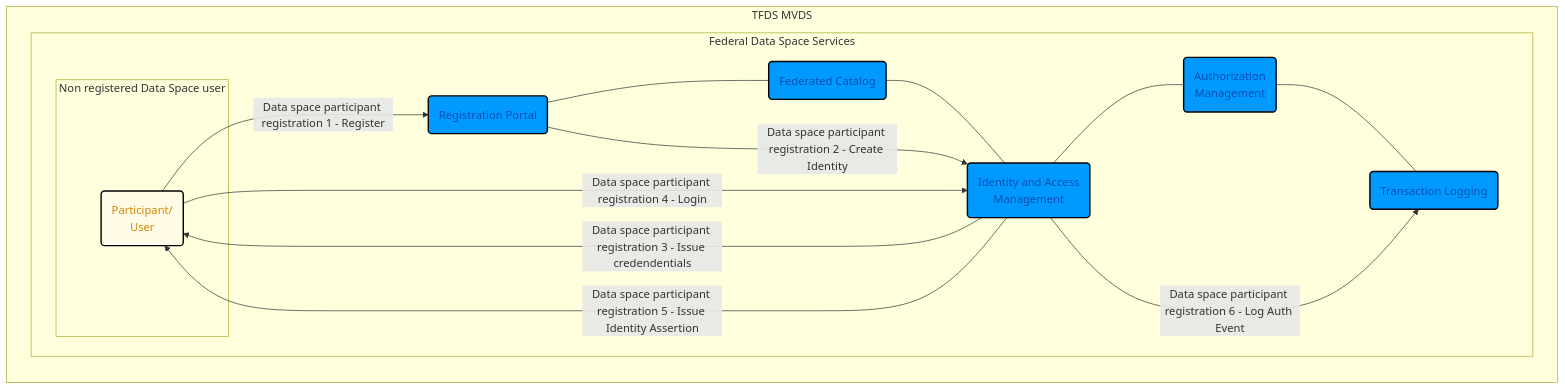
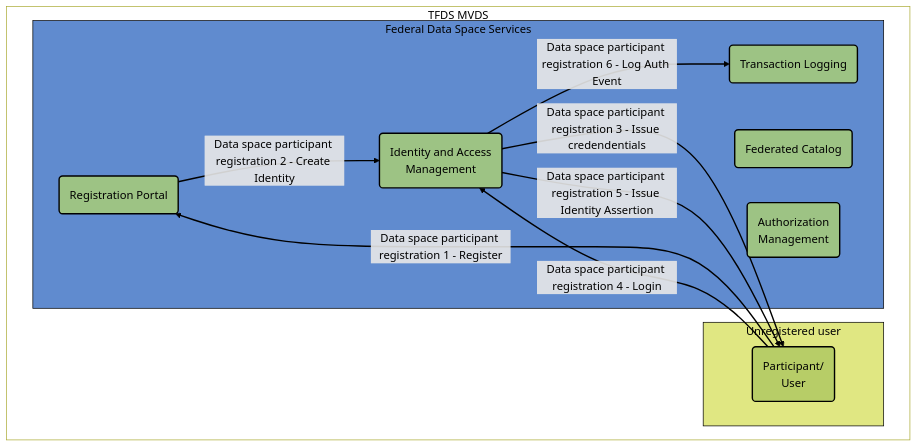
The diagram in data_space_architecture_schematics/logical_architecture_schematics/logical_architecture_schematic_user_registration.md (ForumViriumHelsinki/traffic_flow_data_space), drawn with Mermaid before and after one commit.

Commit message:
Modified user definition, updated colors.

````diff
--- a/data_space_architecture_schematics/logical_architecture_schematics/logical_architecture_schematic_user_registration.md
+++ b/data_space_architecture_schematics/logical_architecture_schematics/logical_architecture_schematic_user_registration.md
@@ -1,48 +1,44 @@
 ```mermaid
-graph LR
-    subgraph "TFDS MVDS"
+graph TB
+    subgraph TfdsMvds["TFDS MVDS"]
 
-        subgraph FDSC[Federal Data Space Services]
+        subgraph DsU["Unregistered user"]
+            User("Participant/<br>User"):::userDS
+        end
+
+        subgraph FdSs["Federal Data Space Services"]
             RegPortal("Registration Portal"):::federalDS
             FedCatalog("Federated Catalog"):::federalDS
             IAM("Identity and Access<br>Management"):::federalDS
             AuthZ("Authorization<br>Management"):::federalDS
             Logger("Transaction Logging"):::federalDS
-
-            RegPortal --- FedCatalog
-            FedCatalog --- IAM
-            IAM --- AuthZ
-            AuthZ --- Logger
-
-            subgraph NDSP[Non registered Data Space user]
-                User("Participant/<br>User"):::userDS
-            end
         end
 
         %% Data space participant registration
         User -- "Data space participant registration 1 - Register" --> RegPortal
         RegPortal -- "Data space participant registration 2 - Create Identity" --> IAM
         IAM -- "Data space participant registration 3 - Issue credendentials" --> User
         User -- "Data space participant registration 4 - Login" --> IAM
         IAM -- "Data space participant registration 5 - Issue Identity Assertion" --> User
-        IAM -- "Data space participant registration 6 - Log Auth Event" --> Logger
+        IAM -- "Data space participant registration 6 - Log Auth Event" --> Logger        
 
-        %% TODO: Styling once the schematic is in it's final phases.
-        
-        
-        %% Style Definitions for classes
-        classDef federalDS fill:#0099ff,stroke:#000000,stroke-width:2px,color:#0050b3
-        classDef providerApplication fill:#f6ffed,stroke:#000000,stroke-width:2px,color:#389e0d
-        classDef consumerApplication fill:#fffbe6,stroke:#000000,stroke-width:2px,color:#d48806
+        %% Style Definitions
 
-        classDef providerDSC fill:#fffbe6,stroke:#000000,stroke-width:2px,color:#d48806
-        classDef ConsumerDSC fill:#fffbe6,stroke:#000000,stroke-width:2px,color:#d48806
-        classDef notImplementedDSC fill:#ff0000,stroke:#000000,stroke-width:2px,color:#000000
+        %% Style : TFDS MVDS
+        style TfdsMvds fill:#ffffff, color:#000000, strokeWidth: 2, verticalAlign: top, fontStyle:1
+    
+        %% Style : Federal Sata Space Services
+        style FdSs fill:#608bcf, color:#000000, stroke: #000000, strokeWidth: 2, verticalAlign: top, fontStyle:1
+        %% Class definition : Federal Sata Space Services components
+        classDef federalDS fill:#9dc384, color:#000000, stroke:#000000, stroke-width:2px, fontStyle:1
 
-        classDef userDS fill:#fffbe6,stroke:#000000,stroke-width:2px,color:#d48806
+        %% Style : Data space unregistered user
+        style DsU fill:#e0e782, color:#000000, stroke:#000000, strokeWidth:2, verticalAlign:top, fontStyle:1
+        %% Class definition : Data space unregistered user "components"
+        classDef userDS fill:#b7cd67, color:#000000, stroke:#000000, stroke-width:2px, fontStyle:1
 
-
-        %% Style Definitions for graphs
-        %%style FDSC fill:#fffbe6, color:#000000,  strokeWidth: 2, verticalAlign: top, fontStyle:1
+        %% Style for linking lines
+        linkStyle default color:#000000, stroke:#000000, stroke-width:2px, fill:none
+        classDef linkTextBox color:#ffffff, stroke:#000000, stroke-width:2px, fill:none
     end
 ```
````
